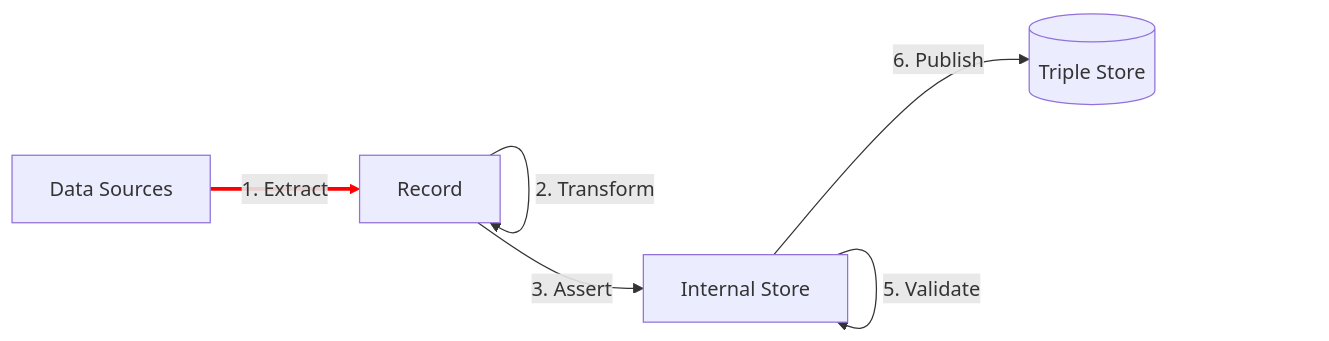
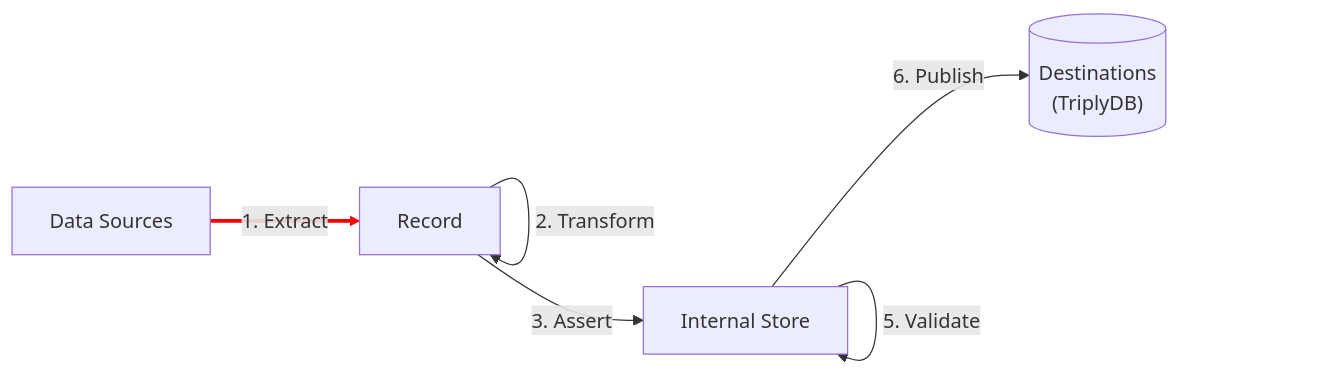
Before and after one commit to TriplyDB/Documentation: the diagram in docs/triply-etl/extract/index.md, drawn with Mermaid. The commit also changed other lines of this file and 109 other files, not shown here.

````diff
--- a/docs/triply-etl/extract/index.md
+++ b/docs/triply-etl/extract/index.md
@@ -7,15 +7,15 @@
 ```mermaid
 graph LR
-  source -- 1. Extract --> record
+  sources -- 1. Extract --> record
   record -- 2. Transform --> record
   record -- 3. Assert --> ld
   ld -- 4. Enrich --> ld
   ld -- 5. Validate --> ld
-  ld -- 6. Publish --> tdb
+  ld -- 6. Publish --> destinations
 
   linkStyle 0 stroke:red,stroke-width:3px;
+  destinations[("Destinations\n(TriplyDB)")]
   ld[Internal Store]
   record[Record]
-  source[Data Sources]
-  tdb[(Triple Store)]
+  sources[Data Sources]
 ```
````
